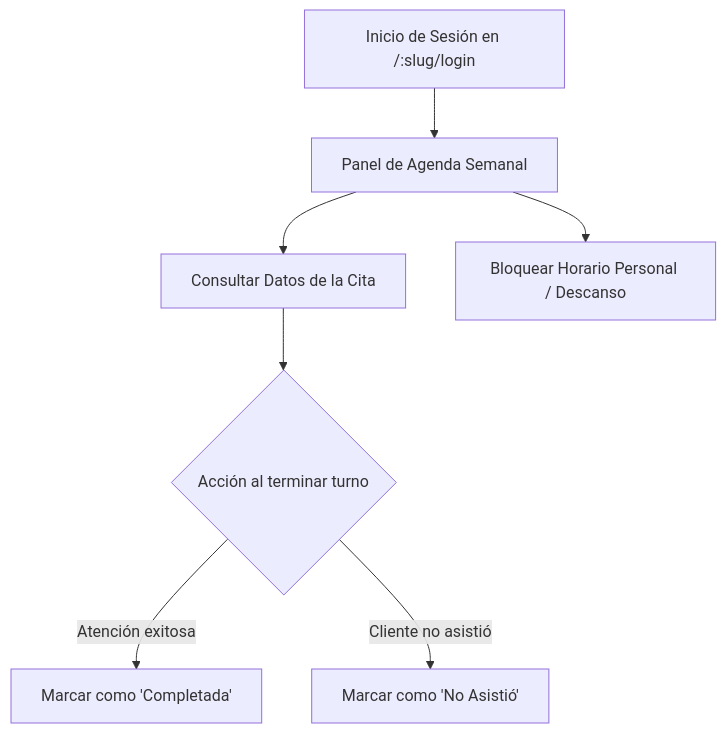
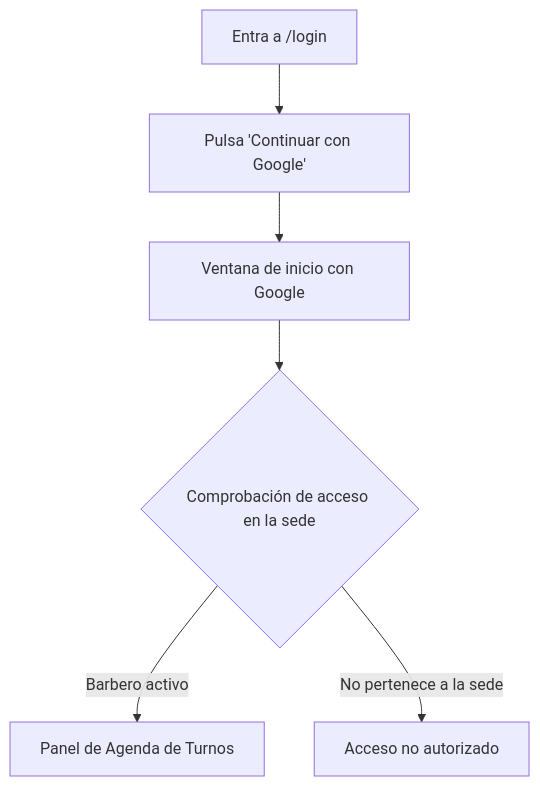
One commit to dfelipe7/Barberia-Frontend changed the third of 5 diagrams in docs/MANUAL_DE_USUARIO.md. Above: the diagram before and after it, drawn with Mermaid. The commit also changed other lines of this file and 4 other files, not shown here.

````diff
--- a/docs/MANUAL_DE_USUARIO.md
+++ b/docs/MANUAL_DE_USUARIO.md
@@ -161,9 +312,8 @@
 ```mermaid
 flowchart TD
-    Login[Inicio de Sesión en /:slug/login] --> Agenda[Panel de Agenda Semanal]
-    Agenda --> VerDetalle[Consultar Datos de la Cita]
-    VerDetalle --> Accion{Acción al terminar turno}
-    Accion -->|Atención exitosa| Completar[Marcar como 'Completada']
-    Accion -->|Cliente no asistió| NoShow[Marcar como 'No Asistió']
-    Agenda --> Bloquear[Bloquear Horario Personal / Descanso]
+    Login["Entra a /login"] --> GoogleBtn["Pulsa 'Continuar con Google'"]
+    GoogleBtn --> GoogleOAuth["Ventana de inicio con Google"]
+    GoogleOAuth --> AuthCheck{"Comprobación de acceso en la sede"}
+    AuthCheck -->|Barbero activo| PanelStaff["Panel de Agenda de Turnos"]
+    AuthCheck -->|No pertenece a la sede| Error403["Acceso no autorizado"]
 ```
````
